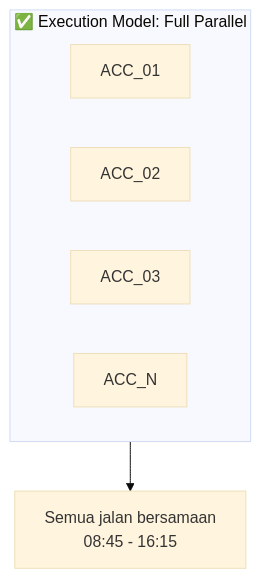
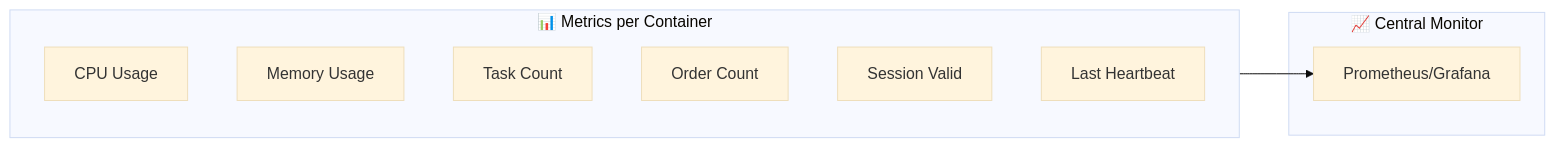
Before and after one commit to LukmanulHakim18/myVault: the ninth of 9 diagrams in 01-Projects/Trading-Robot/08-Concurrency-Model.md, drawn with Mermaid (base theme). The commit also changed other lines of this file and 50 other files, not shown here.

````diff
--- a/01-Projects/Trading-Robot/08-Concurrency-Model.md
+++ b/01-Projects/Trading-Robot/08-Concurrency-Model.md
@@ -342,14 +451,17 @@
 ```mermaid
-flowchart TB
-    subgraph MODEL["✅ Execution Model: Full Parallel"]
-        direction LR
-        ACC1["ACC_01"] 
-        ACC2["ACC_02"]
-        ACC3["ACC_03"]
-        ACCN["ACC_N"]
+flowchart LR
+    subgraph METRICS["📊 Metrics per Container"]
+        M1["CPU Usage"]
+        M2["Memory Usage"]
+        M3["Task Count"]
+        M4["Order Count"]
+        M5["Session Valid"]
+        M6["Last Heartbeat"]
     end
     
-    TIME["Semua jalan bersamaan<br/>08:45 - 16:15"]
+    subgraph AGGREGATOR["📈 Central Monitor"]
+        AGG["Prometheus/Grafana"]
+    end
     
-    MODEL --> TIME
+    METRICS --> AGG
 ```
````
